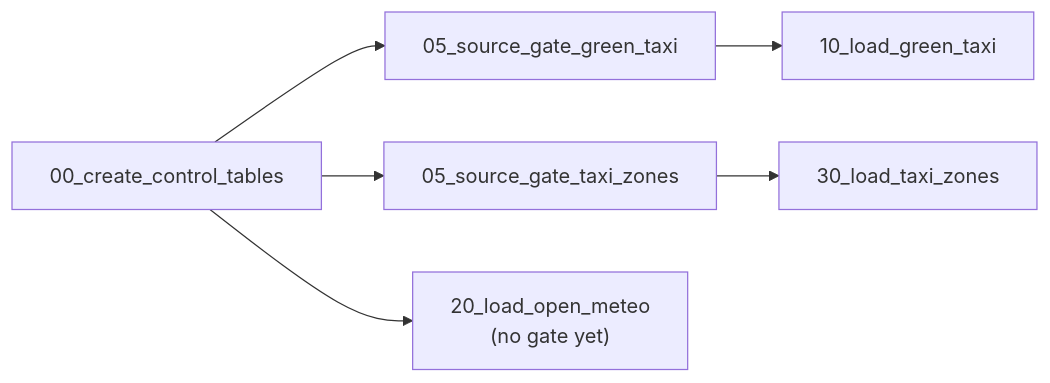
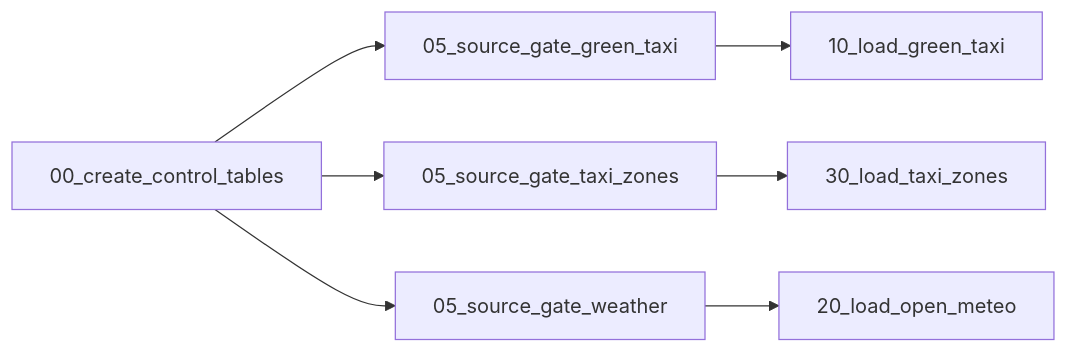
Before and after one commit to hyenalouise/nyc-mobility-pipeline: the diagram in docs/job_setup.md, drawn with Mermaid. The commit also changed other lines of this file and 1 other file, not shown here.

Commit message:
Describe the weather source gate in job_setup and governance docs (closes #160)

````diff
--- a/docs/job_setup.md
+++ b/docs/job_setup.md
@@ -90,13 +90,14 @@
 ```mermaid
 flowchart LR
     control["00_create_control_tables"]
     gate_gt["05_source_gate_green_taxi"]
     gate_tz["05_source_gate_taxi_zones"]
+    gate_wx["05_source_gate_weather"]
     load_gt["10_load_green_taxi"]
     load_tz["30_load_taxi_zones"]
-    load_wx["20_load_open_meteo<br/>(no gate yet)"]
+    load_wx["20_load_open_meteo"]
 
     control --> gate_gt --> load_gt
     control --> gate_tz --> load_tz
-    control --> load_wx
+    control --> gate_wx --> load_wx
 ```
````
